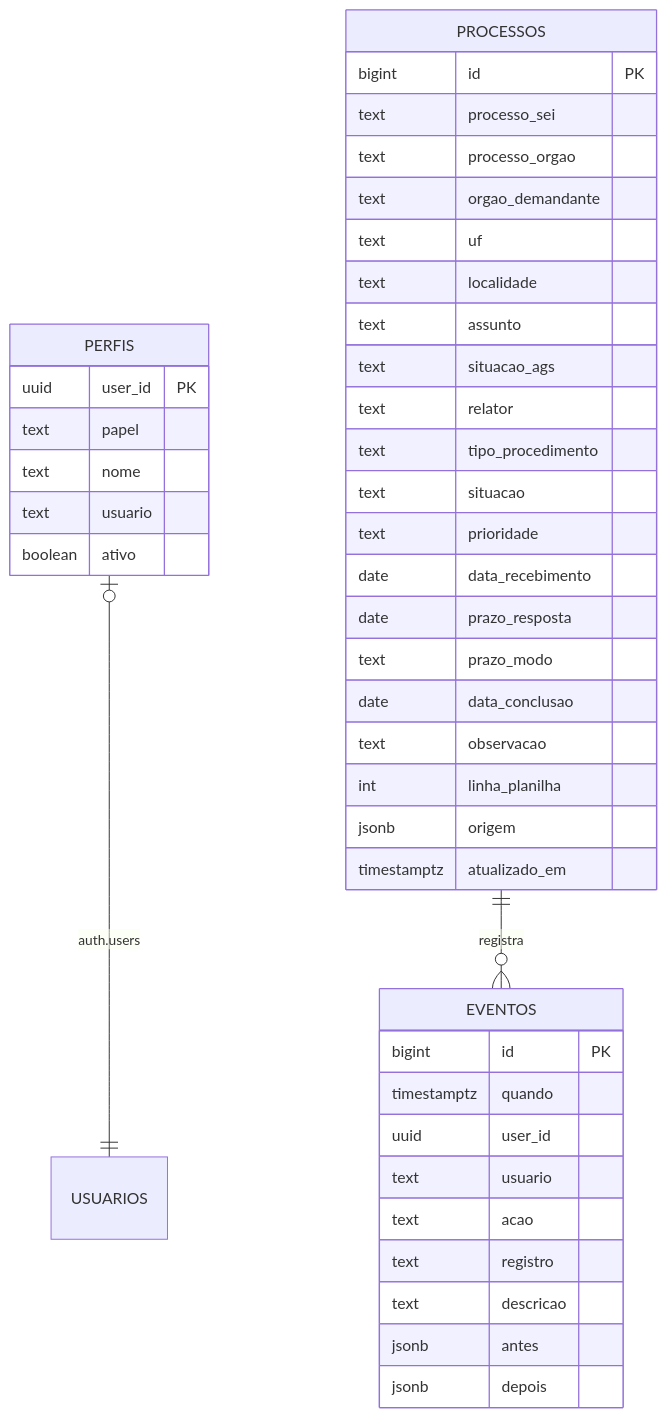
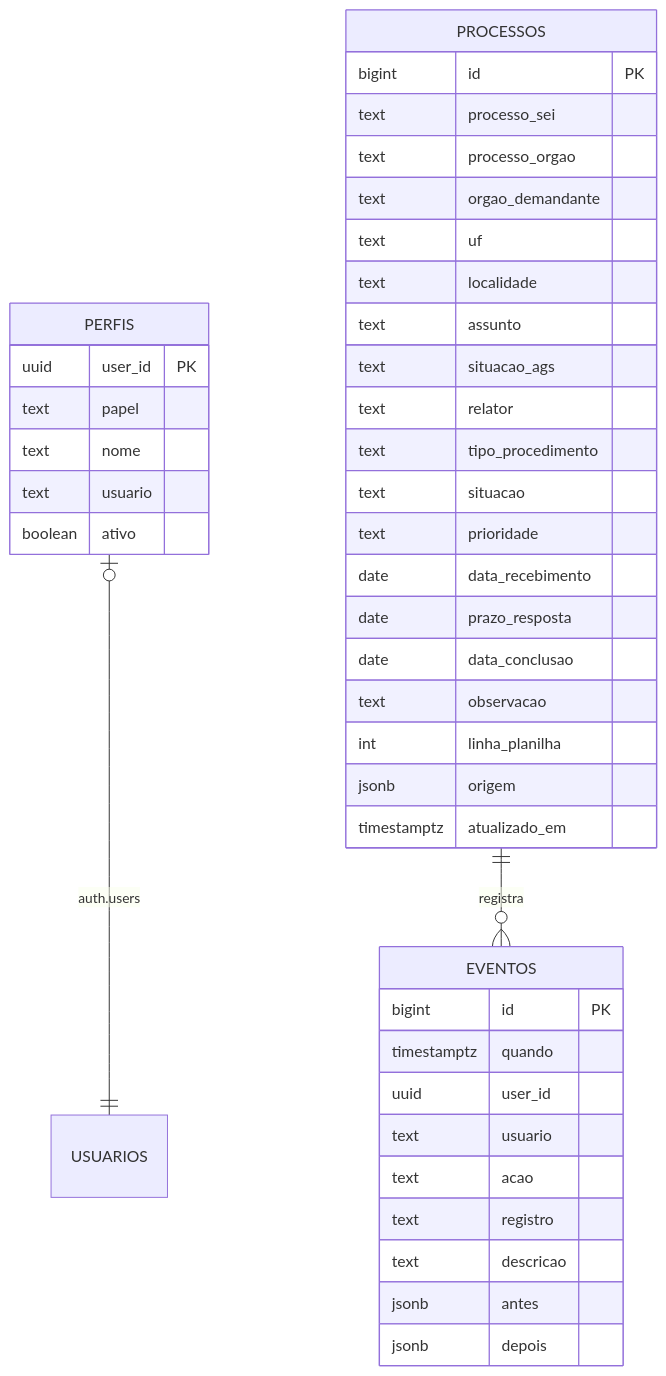
Before and after one commit to cnfpresiddata/ControleProcessosGabinete: the second of 2 diagrams in docs/05-Arquitetura da Solução.md, drawn with Mermaid. The commit also changed other lines of this file and 12 other files, not shown here.

````diff
--- a/docs/05-Arquitetura da Solução.md
+++ b/docs/05-Arquitetura da Solução.md
@@ -48,45 +49,44 @@
 ```mermaid
 erDiagram
   PERFIS |o--|| USUARIOS : "auth.users"
   PROCESSOS ||--o{ EVENTOS : registra
   PERFIS {
     uuid user_id PK
     text papel
     text nome
     text usuario
     boolean ativo
   }
   PROCESSOS {
     bigint id PK
     text processo_sei
     text processo_orgao
     text orgao_demandante
     text uf
     text localidade
     text assunto
     text situacao_ags
     text relator
     text tipo_procedimento
     text situacao
     text prioridade
     date data_recebimento
     date prazo_resposta
-    text prazo_modo
     date data_conclusao
     text observacao
     int linha_planilha
     jsonb origem
     timestamptz atualizado_em
   }
   EVENTOS {
     bigint id PK
     timestamptz quando
     uuid user_id
     text usuario
     text acao
     text registro
     text descricao
     jsonb antes
     jsonb depois
   }
 ```
````
